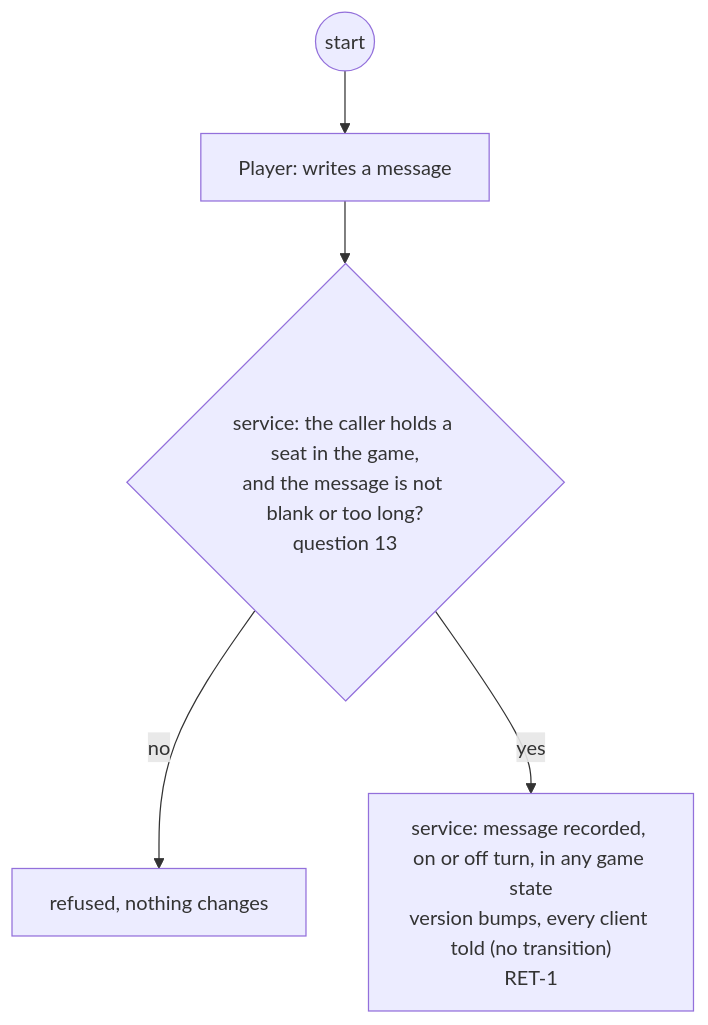
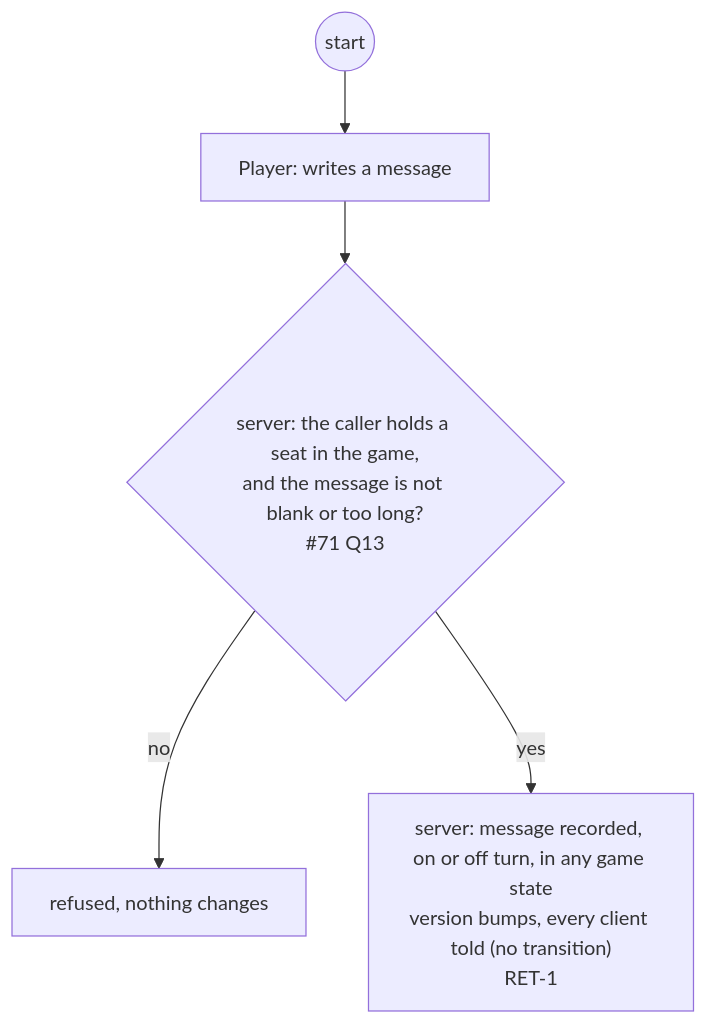
Before and after one commit to delphside/programme: diagram 17 of 29 in docs/changes/workstreams/application-game-architecture/71-one-game-model/71-functional.md, drawn with Mermaid. The commit also changed other lines of this file, not shown here.

First line of the commit message:
app 0.9.2 api 2.16: 71: Tile Lite Elite Server, server steps, and question references name #71

````diff
--- a/docs/changes/workstreams/application-game-architecture/71-one-game-model/71-functional.md
+++ b/docs/changes/workstreams/application-game-architecture/71-one-game-model/71-functional.md
@@ -327,7 +327,7 @@
 ```mermaid
 flowchart TD
   s0((start)) --> p1["Player: writes a message"]
-  p1 --> v1{"service: the caller holds a seat in the game,<br/>and the message is not blank or too long?<br/>question 13"}
+  p1 --> v1{"server: the caller holds a seat in the game,<br/>and the message is not blank or too long?<br/>#71 Q13"}
   v1 -- no --> r1["refused, nothing changes"]
-  v1 -- yes --> t1["service: message recorded, on or off turn, in any game state<br/>version bumps, every client told (no transition)<br/>RET-1"]
+  v1 -- yes --> t1["server: message recorded, on or off turn, in any game state<br/>version bumps, every client told (no transition)<br/>RET-1"]
 ```
````
